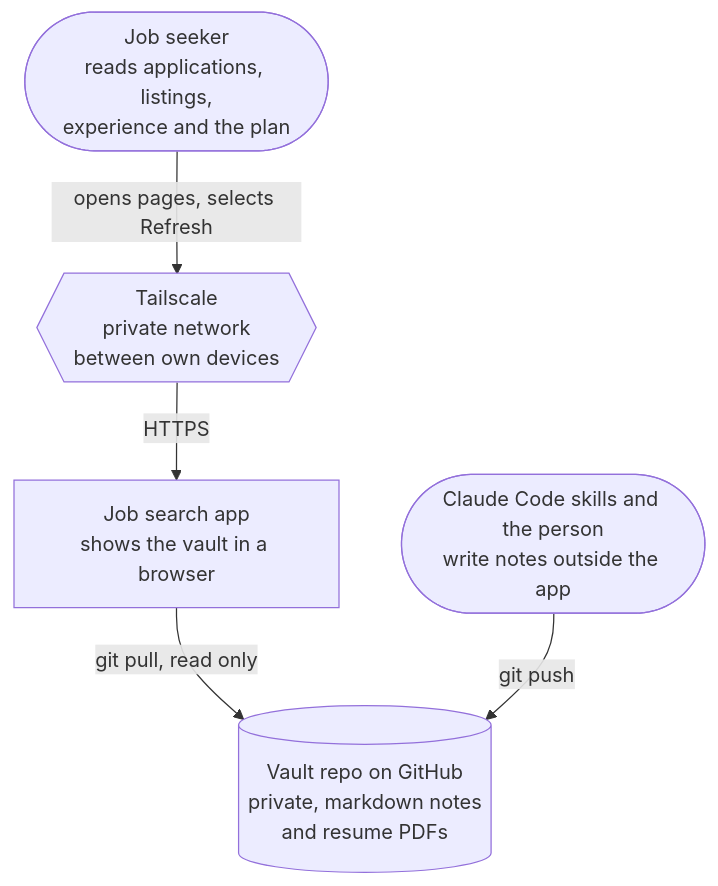
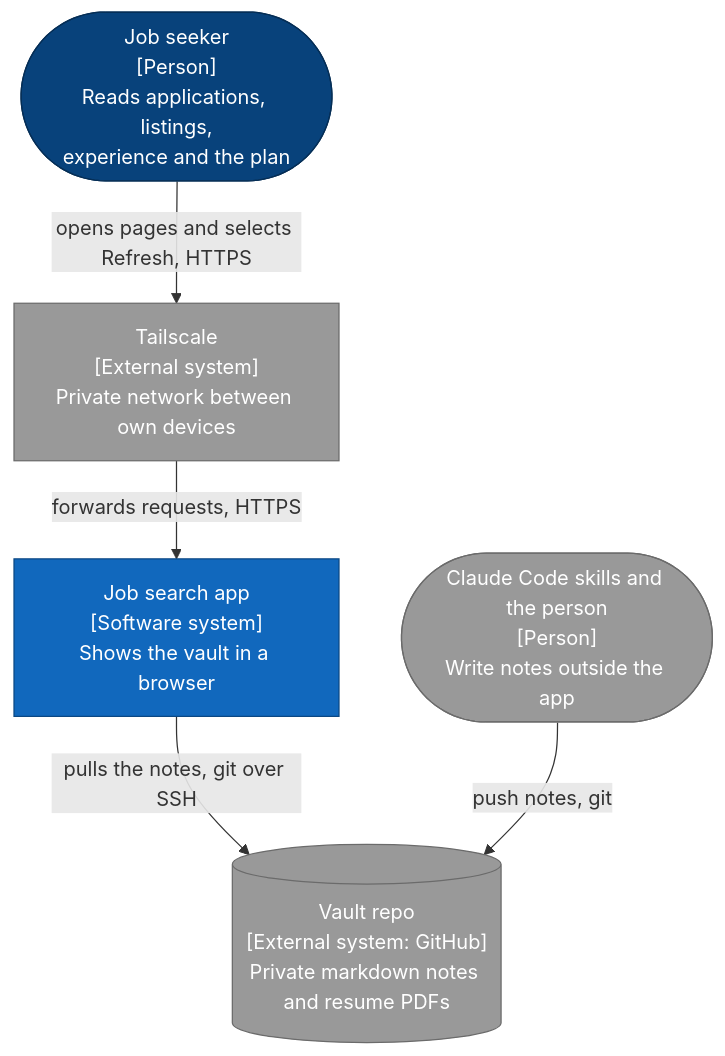
One commit to lyeyixian/job-search-app changed the first of 2 diagrams in docs/architecture/README.md. Above: the diagram before and after it, drawn with Mermaid. The commit also changed other lines of this file and 5 other files, not shown here.

First line of the commit message:
Add a fixed template for each diagram type

````diff
--- a/docs/architecture/README.md
+++ b/docs/architecture/README.md
@@ -22,12 +24,20 @@
 ```mermaid
 flowchart TB
-    user(["Job seeker<br/>reads applications, listings,<br/>experience and the plan"])
-    app["Job search app<br/>shows the vault in a browser"]
-    vault[("Vault repo on GitHub<br/>private, markdown notes<br/>and resume PDFs")]
-    tailnet{{"Tailscale<br/>private network<br/>between own devices"}}
+    user(["Job seeker<br/>[Person]<br/>Reads applications, listings,<br/>experience and the plan"]):::person
+    app["Job search app<br/>[Software system]<br/>Shows the vault in a browser"]:::system
+    tailnet["Tailscale<br/>[External system]<br/>Private network between own devices"]:::external
+    vault[("Vault repo<br/>[External system: GitHub]<br/>Private markdown notes and resume PDFs")]:::external
+    writers(["Claude Code skills and the person<br/>[Person]<br/>Write notes outside the app"]):::external
 
-    user -- "opens pages, selects Refresh" --> tailnet
-    tailnet -- "HTTPS" --> app
-    app -- "git pull, read only" --> vault
-    writer(["Claude Code skills and the person<br/>write notes outside the app"]) -- "git push" --> vault
+    user -- "opens pages and selects Refresh, HTTPS" --> tailnet
+    tailnet -- "forwards requests, HTTPS" --> app
+    app -- "pulls the notes, git over SSH" --> vault
+    writers -- "push notes, git" --> vault
+
+    classDef person fill:#08427b,stroke:#052e56,color:#ffffff
+    classDef system fill:#1168bd,stroke:#0b4884,color:#ffffff
+    classDef container fill:#438dd5,stroke:#2e6295,color:#ffffff
+    classDef component fill:#85bbf0,stroke:#5d82a8,color:#000000
+    classDef store fill:#438dd5,stroke:#2e6295,color:#ffffff
+    classDef external fill:#999999,stroke:#6b6b6b,color:#ffffff
 ```
````
